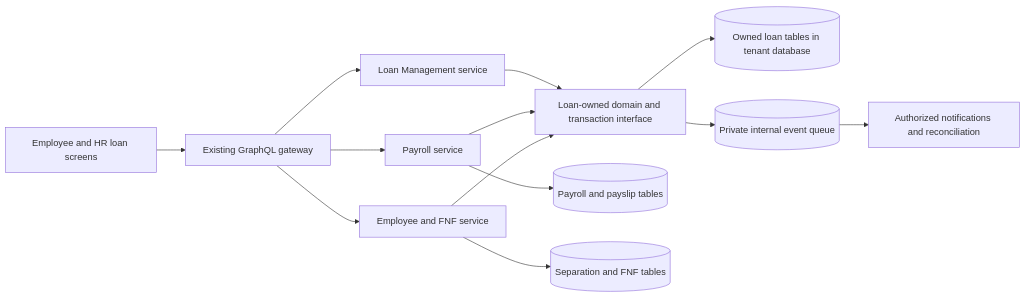
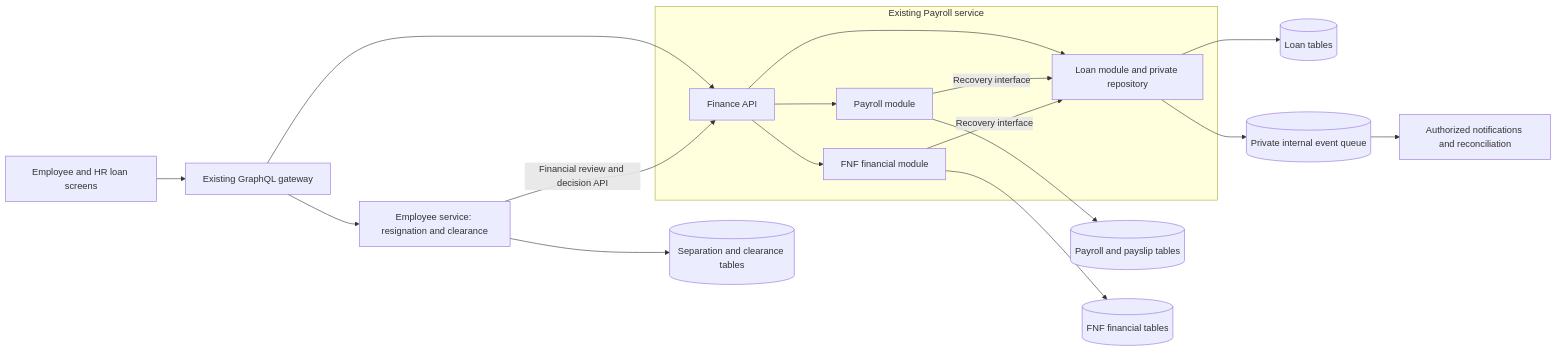
Before and after one commit to heliorventures/hrms-documentation: the diagram in docs/superpowers/specs/2026-10-07-loan-management-design.md, drawn with Mermaid. The commit also changed other lines of this file and 8 other files, not shown here.

````diff
--- a/docs/superpowers/specs/2026-10-07-loan-management-design.md
+++ b/docs/superpowers/specs/2026-10-07-loan-management-design.md
@@ -72,15 +73,24 @@
 ```mermaid
 flowchart LR
   E[Employee and HR loan screens] --> G[Existing GraphQL gateway]
-  G --> L[Loan Management service]
-  G --> P[Payroll service]
-  G --> X[Employee and FNF service]
-  L --> C[Loan-owned domain and transaction interface]
-  P --> C
-  X --> C
-  C --> D[(Owned loan tables in tenant database)]
+  G --> X[Employee service: resignation and clearance]
+  subgraph Finance[Existing Payroll service]
+    A[Finance API]
+    P[Payroll module]
+    F[FNF financial module]
+    L[Loan module and private repository]
+    A --> P
+    A --> F
+    A --> L
+    P -->|Recovery interface| L
+    F -->|Recovery interface| L
+  end
+  G --> A
+  X -->|Financial review and decision API| A
+  L --> D[(Loan tables)]
   P --> S[(Payroll and payslip tables)]
-  X --> F[(Separation and FNF tables)]
-  C --> O[(Private internal event queue)]
+  F --> T[(FNF financial tables)]
+  X --> H[(Separation and clearance tables)]
+  L --> O[(Private internal event queue)]
   O --> N[Authorized notifications and reconciliation]
 ```
````
